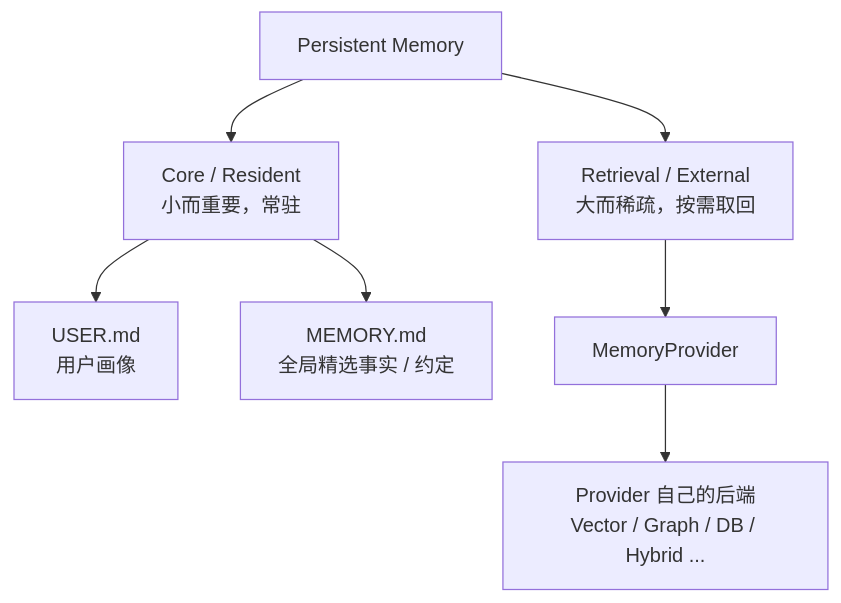
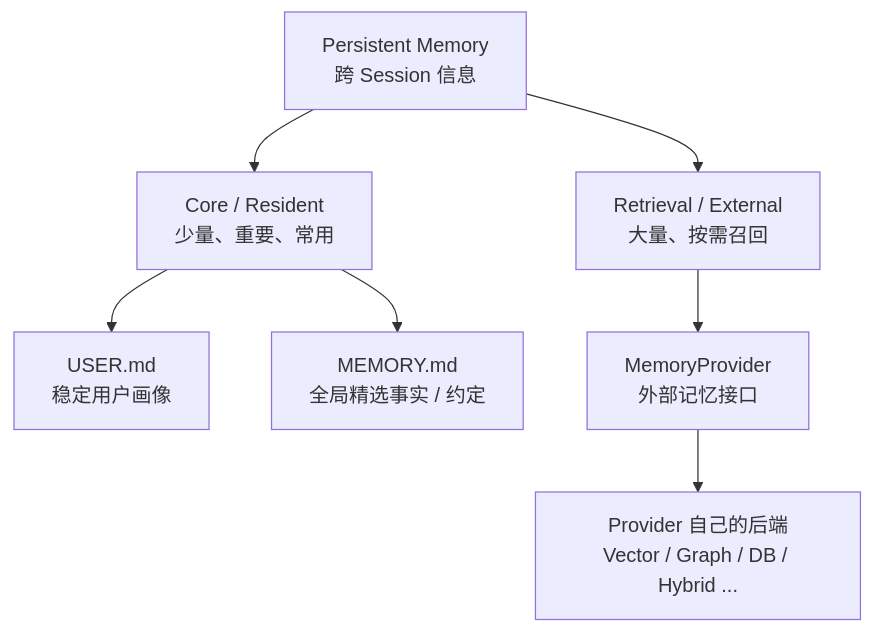
The second of 15 diagrams in learning/hermes-vault/chapters/06-memory-history-external-provider.md (SodaWWater/AI-Learn), drawn with Mermaid before and after one commit. The commit also changed other lines of this file, not shown here.

Commit message:
docs: clarify Hermes memory architecture and teaching flow

````diff
--- a/learning/hermes-vault/chapters/06-memory-history-external-provider.md
+++ b/learning/hermes-vault/chapters/06-memory-history-external-provider.md
@@ -221,11 +266,11 @@
 ```mermaid
 flowchart TD
-    P["Persistent Memory"] --> C["Core / Resident<br/>小而重要，常驻"]
-    P --> R["Retrieval / External<br/>大而稀疏，按需取回"]
+    P["Persistent Memory<br/>跨 Session 信息"] --> C["Core / Resident<br/>少量、重要、常用"]
+    P --> R["Retrieval / External<br/>大量、按需召回"]
 
-    C --> U["USER.md<br/>用户画像"]
+    C --> U["USER.md<br/>稳定用户画像"]
     C --> M["MEMORY.md<br/>全局精选事实 / 约定"]
 
-    R --> MP["MemoryProvider"]
+    R --> MP["MemoryProvider<br/>外部记忆接口"]
     MP --> B["Provider 自己的后端<br/>Vector / Graph / DB / Hybrid ..."]
 ```
````
